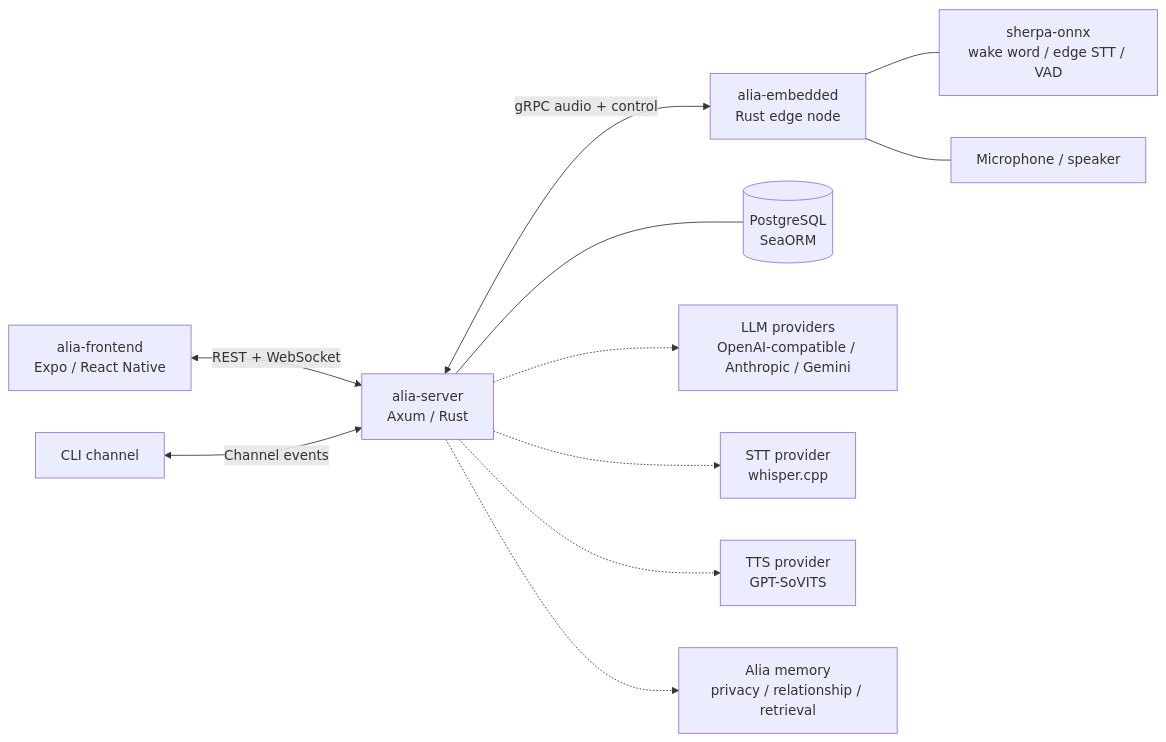
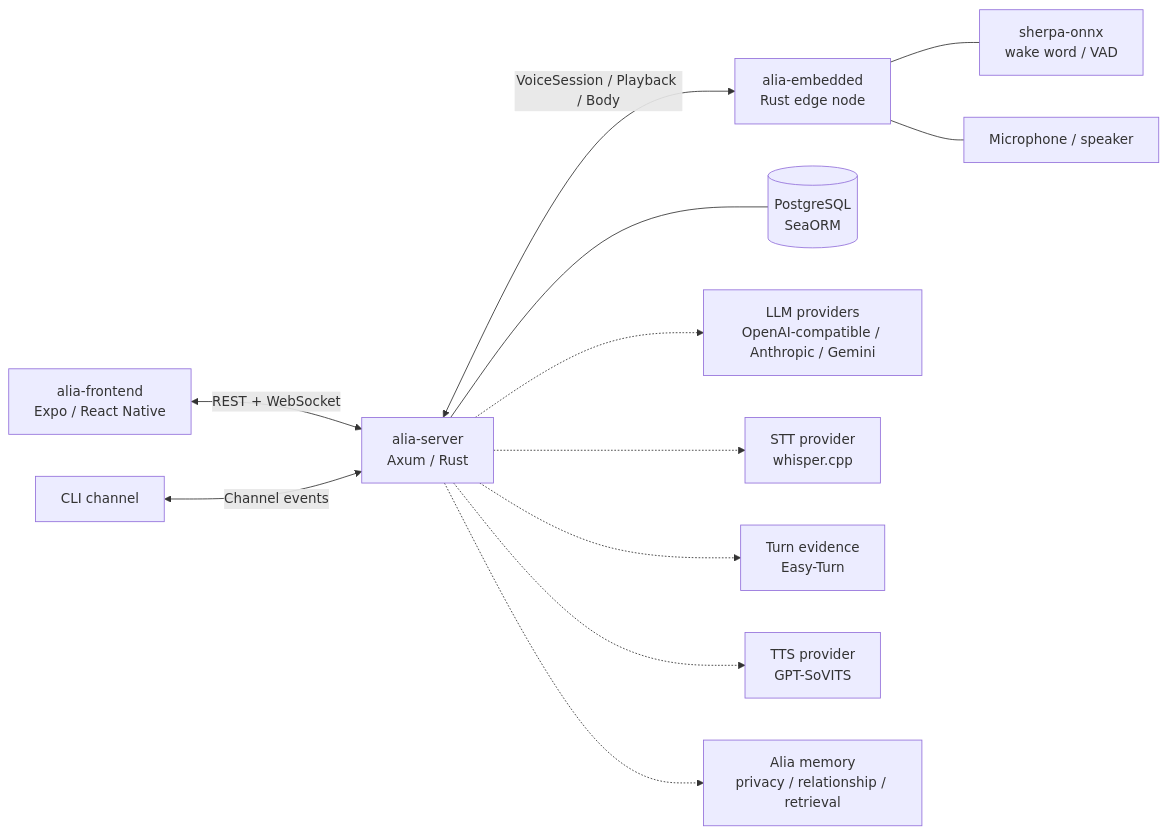
Before and after one commit to Ke-Qiao/project-alia: the diagram in docs/architecture/overview.md, drawn with Mermaid. The commit also changed other lines of this file and 156 other files, not shown here.

````diff
--- a/docs/architecture/overview.md
+++ b/docs/architecture/overview.md
@@ -13,13 +14,14 @@
 ```mermaid
 graph LR
     Frontend["alia-frontend<br/>Expo / React Native"] <-->|"REST + WebSocket"| Server["alia-server<br/>Axum / Rust"]
     CLI["CLI channel"] <-->|"Channel events"| Server
-    Server <-->|"gRPC audio + control"| Embedded["alia-embedded<br/>Rust edge node"]
+    Server <-->|"VoiceSession / Playback / Body"| Embedded["alia-embedded<br/>Rust edge node"]
     Server --- Postgres[("PostgreSQL<br/>SeaORM")]
     Server -.-> LLM["LLM providers<br/>OpenAI-compatible / Anthropic / Gemini"]
     Server -.-> STT["STT provider<br/>whisper.cpp"]
+    Server -.-> Turn["Turn evidence<br/>Easy-Turn"]
     Server -.-> TTS["TTS provider<br/>GPT-SoVITS"]
     Server -.-> Memory["Alia memory<br/>privacy / relationship / retrieval"]
-    Embedded --- LocalModels["sherpa-onnx<br/>wake word / edge STT / VAD"]
+    Embedded --- LocalModels["sherpa-onnx<br/>wake word / VAD"]
     Embedded --- Audio["Microphone / speaker"]
 ```
````
